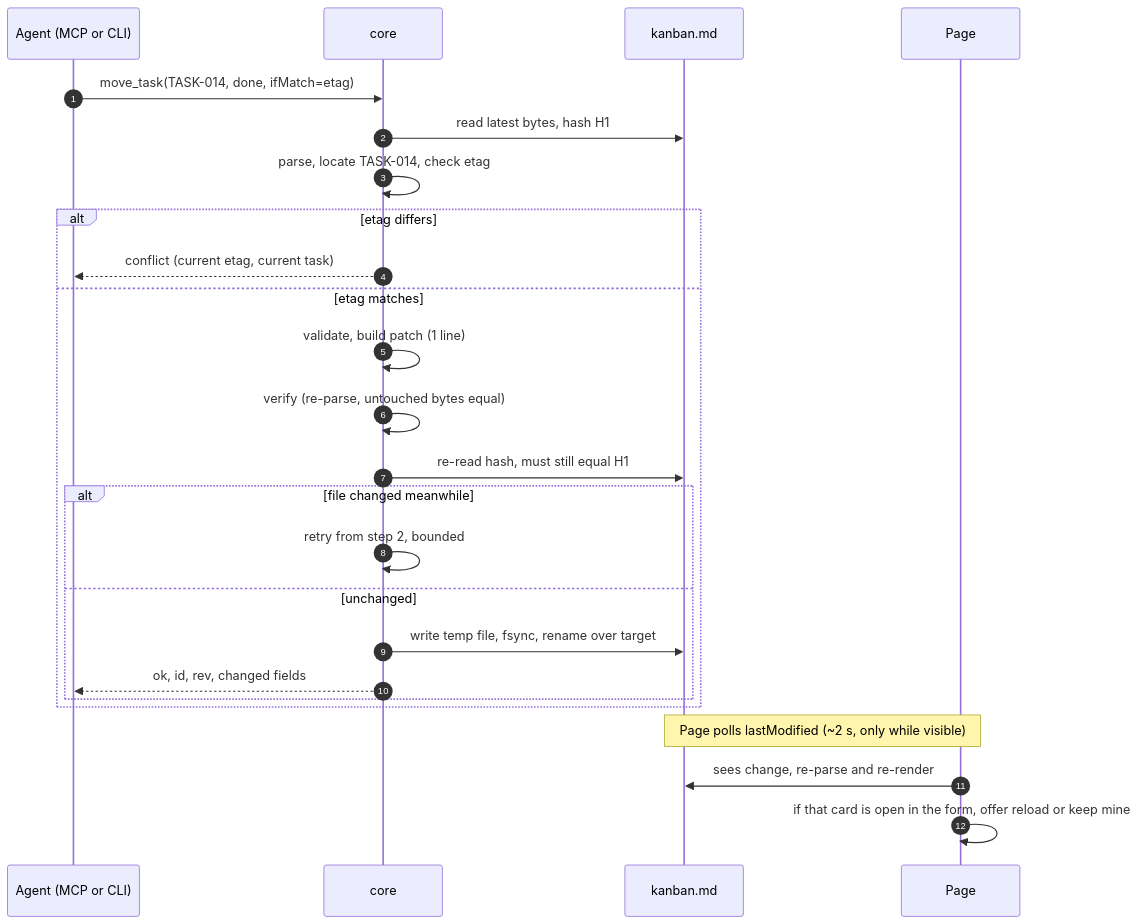
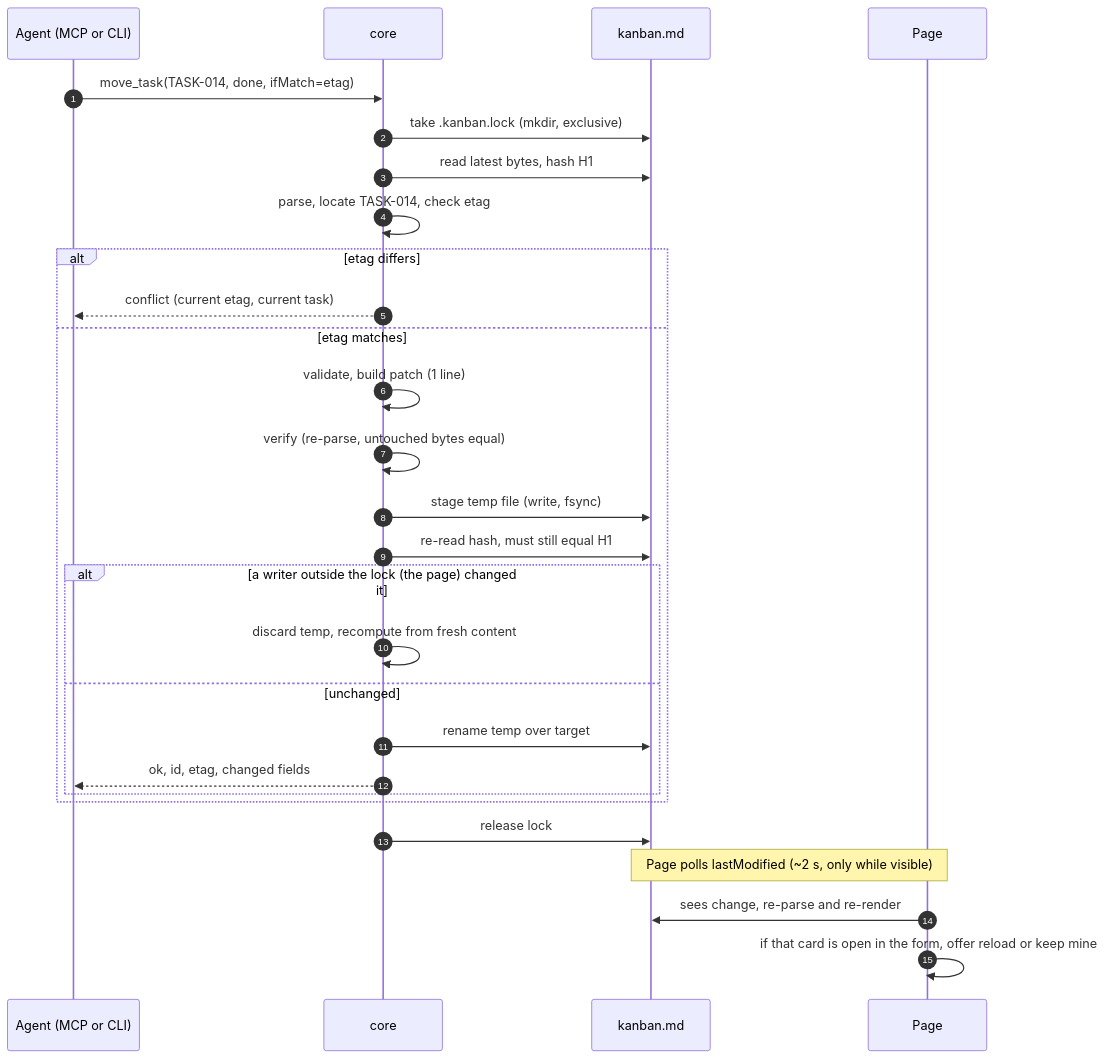
One commit to ashikahmad/Kanban.md changed the second of 3 diagrams in drafts/mcp-file-diagrams.md. Above: the diagram before and after it, drawn with Mermaid. The commit also changed 11 other files, not shown here.

````diff
--- a/drafts/mcp-file-diagrams.md
+++ b/drafts/mcp-file-diagrams.md
@@ -59,28 +59,31 @@
 ```mermaid
 sequenceDiagram
     autonumber
     participant A as Agent (MCP or CLI)
     participant C as core
     participant F as kanban.md
     participant P as Page
 
     A->>C: move_task(TASK-014, done, ifMatch=etag)
+    C->>F: take .kanban.lock (mkdir, exclusive)
     C->>F: read latest bytes, hash H1
     C->>C: parse, locate TASK-014, check etag
     alt etag differs
         C-->>A: conflict (current etag, current task)
     else etag matches
         C->>C: validate, build patch (1 line)
         C->>C: verify (re-parse, untouched bytes equal)
+        C->>F: stage temp file (write, fsync)
         C->>F: re-read hash, must still equal H1
-        alt file changed meanwhile
-            C->>C: retry from step 2, bounded
+        alt a writer outside the lock (the page) changed it
+            C->>C: discard temp, recompute from fresh content
         else unchanged
-            C->>F: write temp file, fsync, rename over target
-            C-->>A: ok, id, rev, changed fields
+            C->>F: rename temp over target
+            C-->>A: ok, id, etag, changed fields
         end
     end
+    C->>F: release lock
     Note over P,F: Page polls lastModified (~2 s, only while visible)
     P->>F: sees change, re-parse and re-render
     P->>P: if that card is open in the form, offer reload or keep mine
 ```
````
